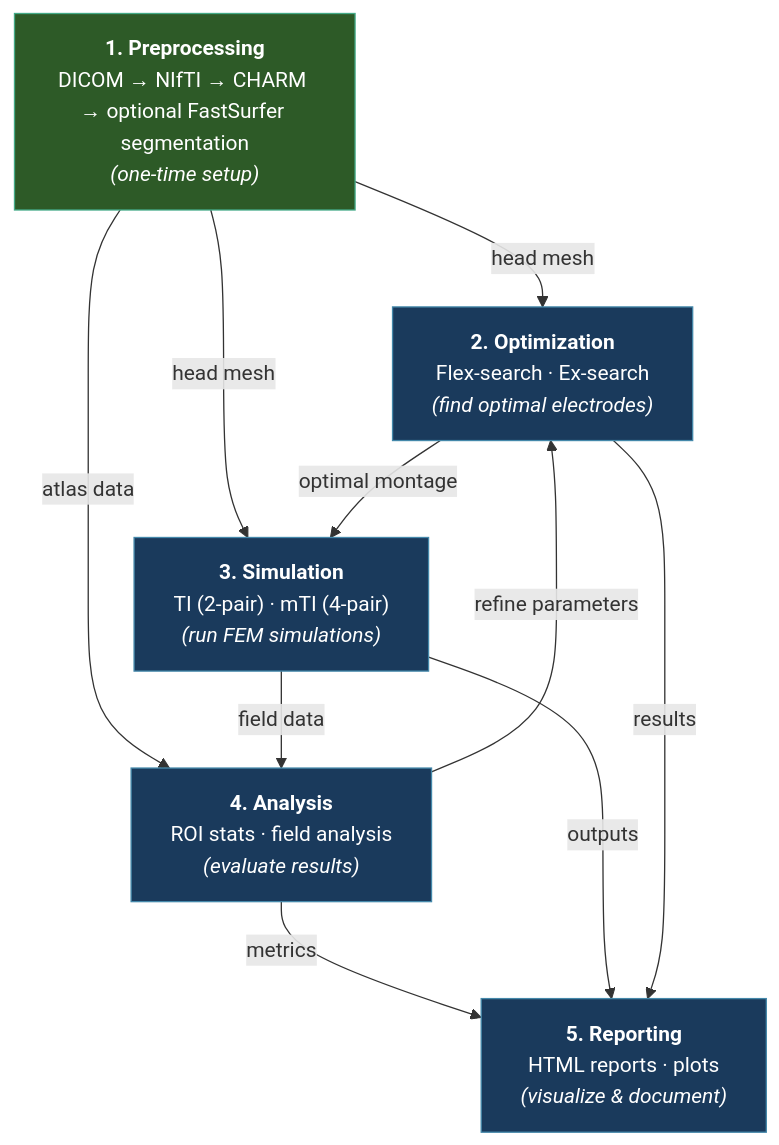
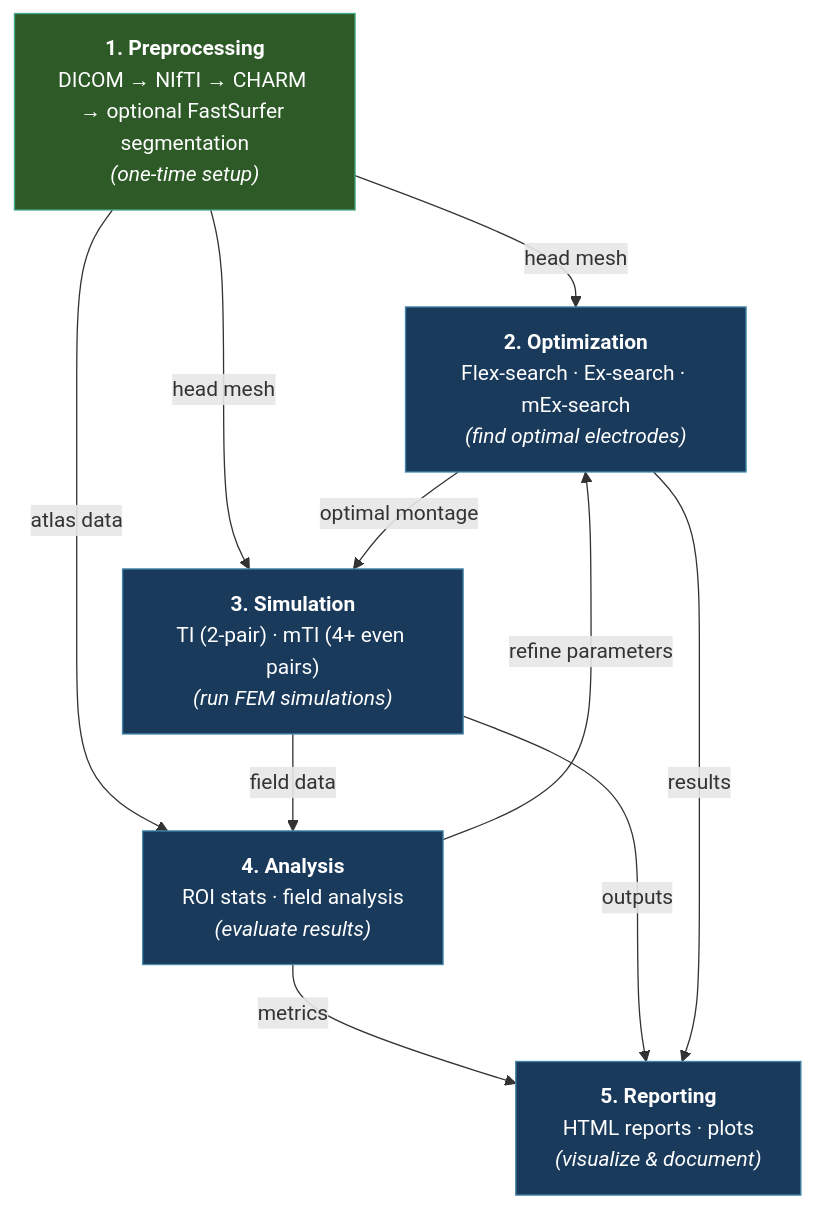
One commit to idossha/TI-Toolbox changed the diagram in docs/api_mkdocs/docs/index.md. Above: the diagram before and after it, drawn with Mermaid. The commit also changed other lines of this file and 325 other files, not shown here.

````diff
--- a/docs/api_mkdocs/docs/index.md
+++ b/docs/api_mkdocs/docs/index.md
@@ -9,38 +9,38 @@
 ```mermaid
 graph TD
     PRE["`**1. Preprocessing**
     DICOM → NIfTI → CHARM → optional FastSurfer segmentation
     *(one-time setup)*`"]
 
     OPT["`**2. Optimization**
-    Flex-search · Ex-search
+    Flex-search · Ex-search · mEx-search
     *(find optimal electrodes)*`"]
 
     SIM["`**3. Simulation**
-    TI (2-pair) · mTI (4-pair)
+    TI (2-pair) · mTI (4+ even pairs)
     *(run FEM simulations)*`"]
 
     ANA["`**4. Analysis**
     ROI stats · field analysis
     *(evaluate results)*`"]
 
     REP["`**5. Reporting**
     HTML reports · plots
     *(visualize & document)*`"]
 
     PRE -->|head mesh| OPT
     PRE -->|head mesh| SIM
     PRE -->|atlas data| ANA
     OPT -->|optimal montage| SIM
     SIM -->|field data| ANA
     ANA -->|metrics| REP
     ANA -->|refine parameters| OPT
     SIM -->|outputs| REP
     OPT -->|results| REP
 
     style PRE fill:#2d5a27,stroke:#4a8,color:#fff
     style OPT fill:#1a3a5c,stroke:#48a,color:#fff
     style SIM fill:#1a3a5c,stroke:#48a,color:#fff
     style ANA fill:#1a3a5c,stroke:#48a,color:#fff
     style REP fill:#1a3a5c,stroke:#48a,color:#fff
 ```
````
